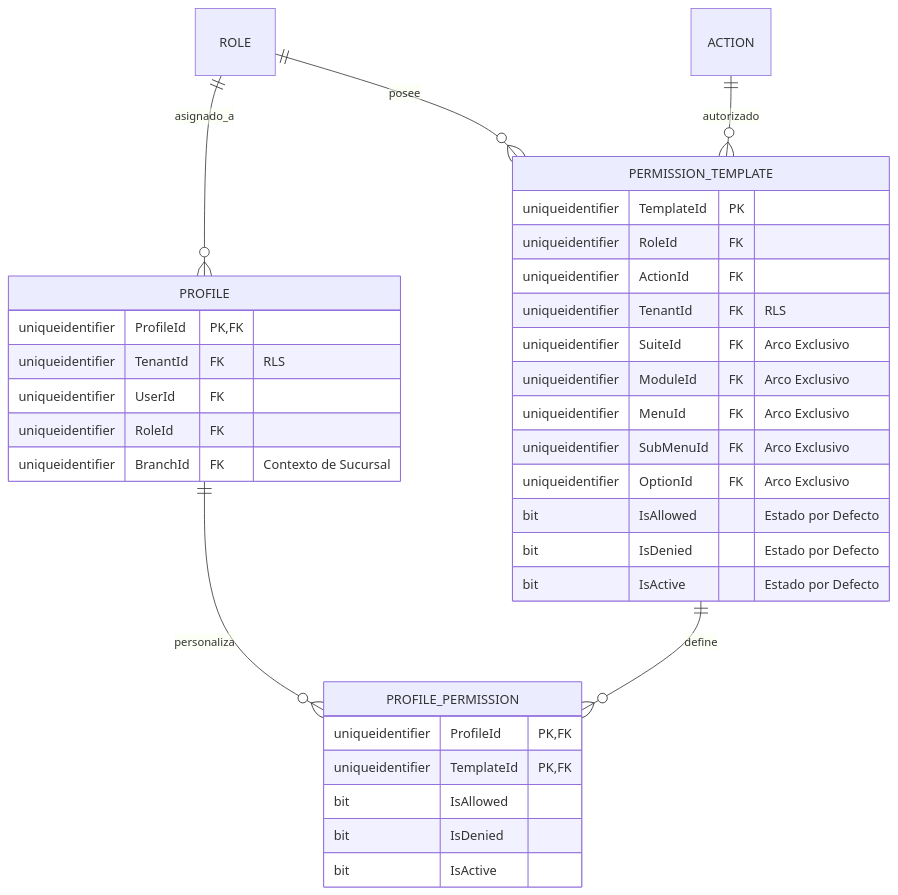
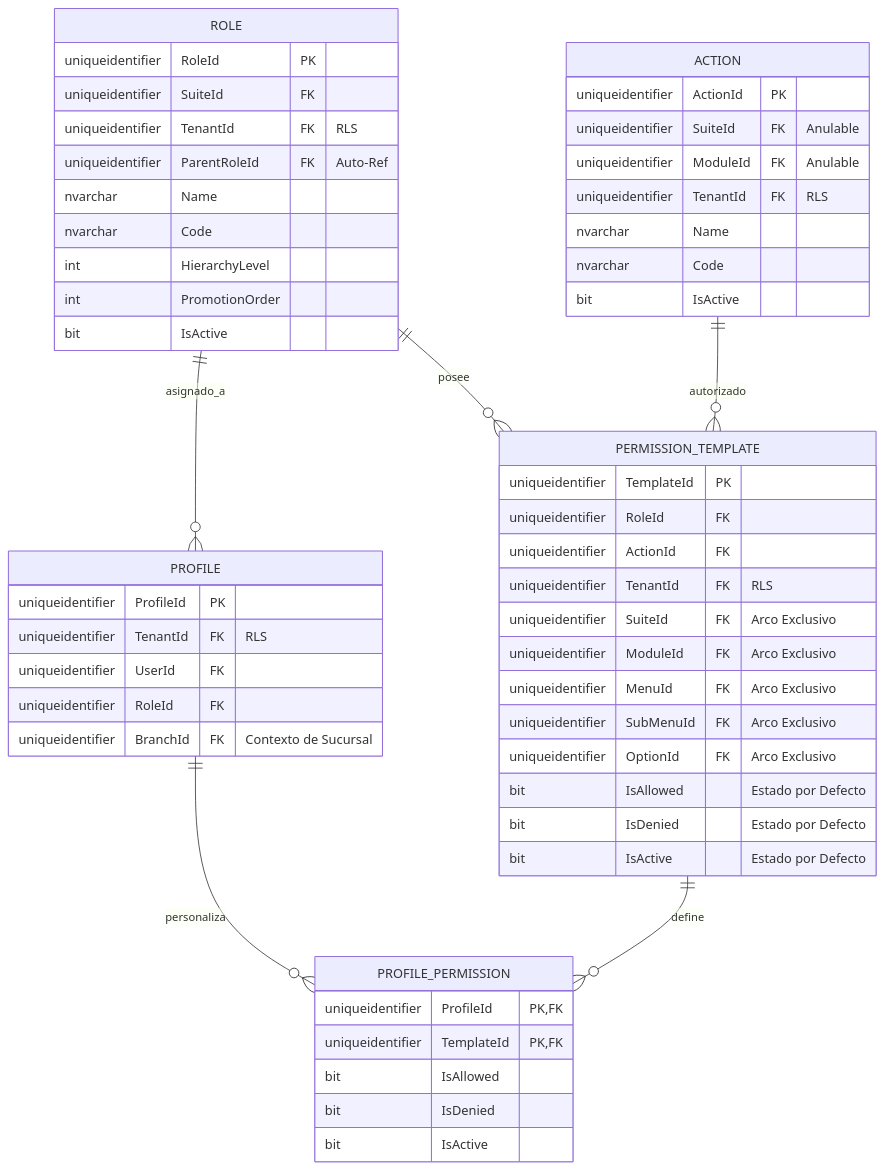
Before and after one commit to beyondnetcode/ums: the second of 5 diagrams in docs/architecture/blueprints-es/database-design-er.md, drawn with Mermaid. The commit also changed other lines of this file and 1 other file, not shown here.

First line of the commit message:
docs(er): add missing entity attribute blocks to all domain diagrams (EN/ES)

````diff
--- a/docs/architecture/blueprints-es/database-design-er.md
+++ b/docs/architecture/blueprints-es/database-design-er.md
@@ -76,39 +76,61 @@
 ```mermaid
 erDiagram
     ROLE ||--o{ PERMISSION_TEMPLATE : "posee"
     ROLE ||--o{ PROFILE : "asignado_a"
     PROFILE ||--o{ PROFILE_PERMISSION : "personaliza"
     PERMISSION_TEMPLATE ||--o{ PROFILE_PERMISSION : "define"
     ACTION ||--o{ PERMISSION_TEMPLATE : "autorizado"
-    
+
+    ROLE {
+        uniqueidentifier RoleId PK
+        uniqueidentifier SuiteId FK
+        uniqueidentifier TenantId FK "RLS"
+        uniqueidentifier ParentRoleId FK "Auto-Ref"
+        nvarchar Name
+        nvarchar Code
+        int HierarchyLevel
+        int PromotionOrder
+        bit IsActive
+    }
+
+    ACTION {
+        uniqueidentifier ActionId PK
+        uniqueidentifier SuiteId FK "Anulable"
+        uniqueidentifier ModuleId FK "Anulable"
+        uniqueidentifier TenantId FK "RLS"
+        nvarchar Name
+        nvarchar Code
+        bit IsActive
+    }
+
     PERMISSION_TEMPLATE {
         uniqueidentifier TemplateId PK
         uniqueidentifier RoleId FK
         uniqueidentifier ActionId FK
         uniqueidentifier TenantId FK "RLS"
         uniqueidentifier SuiteId FK "Arco Exclusivo"
         uniqueidentifier ModuleId FK "Arco Exclusivo"
         uniqueidentifier MenuId FK "Arco Exclusivo"
         uniqueidentifier SubMenuId FK "Arco Exclusivo"
         uniqueidentifier OptionId FK "Arco Exclusivo"
         bit IsAllowed "Estado por Defecto"
         bit IsDenied "Estado por Defecto"
         bit IsActive "Estado por Defecto"
     }
-    
+
     PROFILE {
-        uniqueidentifier ProfileId PK, FK
+        uniqueidentifier ProfileId PK
         uniqueidentifier TenantId FK "RLS"
         uniqueidentifier UserId FK
         uniqueidentifier RoleId FK
         uniqueidentifier BranchId FK "Contexto de Sucursal"
     }
-    
+
     PROFILE_PERMISSION {
         uniqueidentifier ProfileId PK, FK
         uniqueidentifier TemplateId PK, FK
         bit IsAllowed
         bit IsDenied
         bit IsActive
     }
 ```
````
